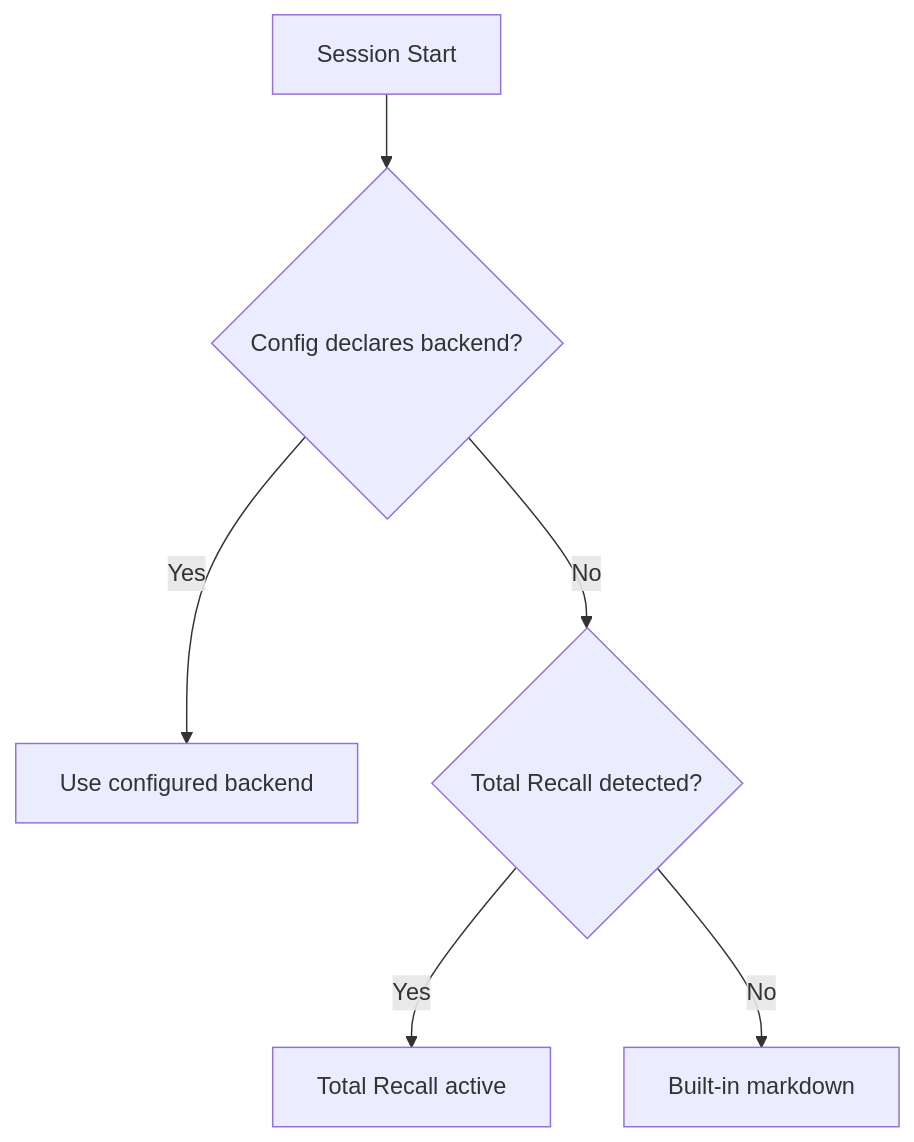
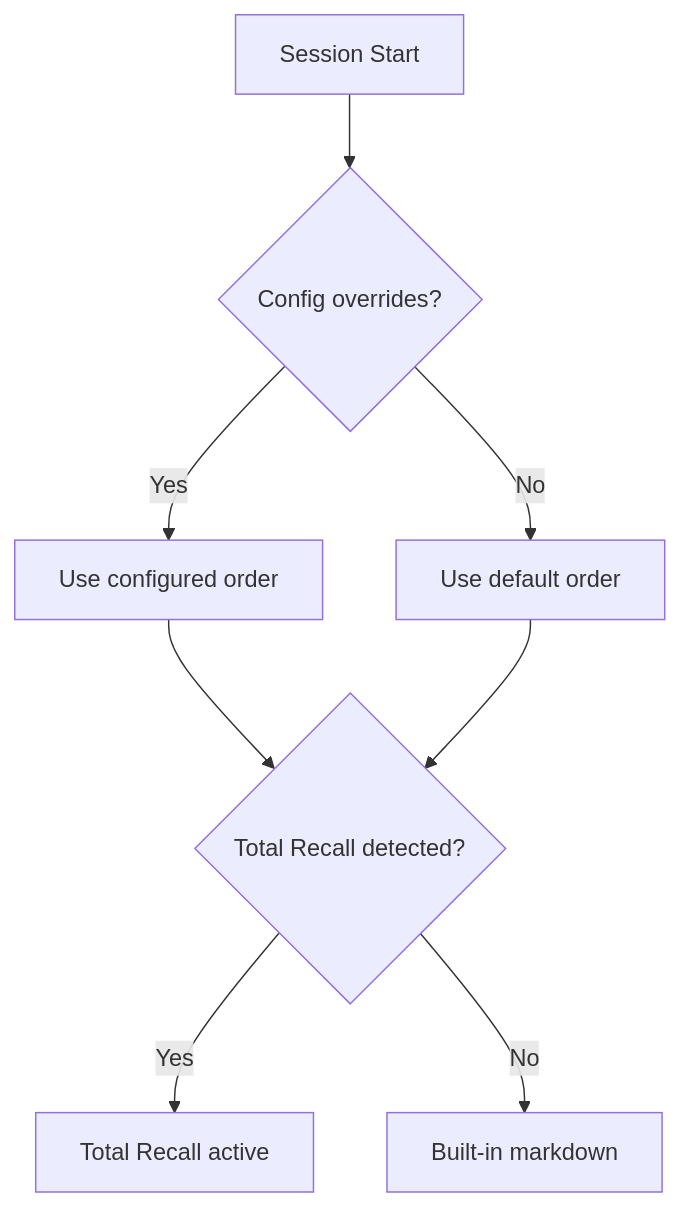
One commit to bivory/grove changed the sixth of 16 diagrams in design/01-architecture.md. Above: the diagram before and after it, drawn with Mermaid. The commit also changed other lines of this file and 56 other files, not shown here.

````diff
--- a/design/01-architecture.md
+++ b/design/01-architecture.md
@@ -342,8 +342,11 @@
 ```mermaid
 flowchart TD
-    A[Session Start] --> B{Config declares backend?}
-    B -->|Yes| C[Use configured backend]
-    B -->|No| D{Total Recall detected?}
-    D -->|Yes| E[Total Recall active]
-    D -->|No| F[Built-in markdown]
+    A[Session Start] --> B{Config overrides?}
+    B -->|Yes| C[Use configured order]
+    B -->|No| D[Use default order]
+    C --> E
+    D --> E
+
+    E{Total Recall detected?} -->|Yes| F[Total Recall active]
+    E -->|No| G[Built-in markdown]
 ```
````
